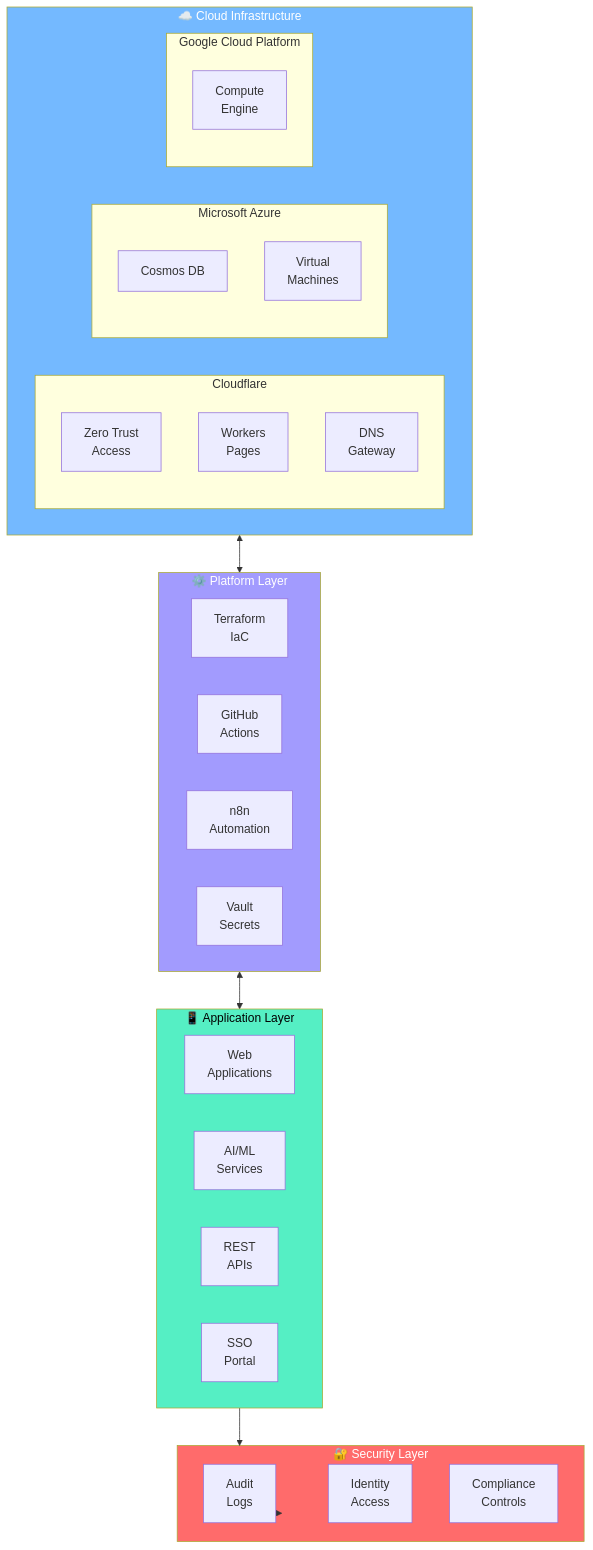
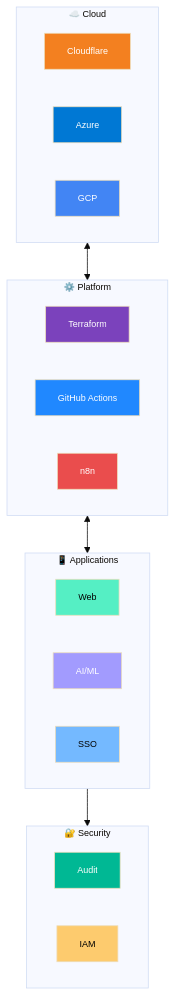
One commit to patabuga/patabuga changed the first of 3 diagrams in README.md. Above: the diagram before and after it, drawn with Mermaid. The commit also changed other lines of this file, not shown here.

First line of the commit message:
refactor: simplify README with global Mermaid best practices

````diff
--- a/README.md
+++ b/README.md
@@ -41,49 +40,43 @@
 ```mermaid
+%%{init: {'theme': 'base', 'themeVariables': {'fontSize': '12px'}}}%%
 flowchart TB
-    subgraph Cloud["☁️ Cloud Infrastructure"]
-        subgraph CF["Cloudflare"]
-            ZT[Zero Trust<br/>Access]
-            WORKERS[Workers<br/>Pages]
-            DNS[DNS<br/>Gateway]
-        end
-        
-        subgraph AZ["Microsoft Azure"]
-            COSMOS[Cosmos DB]
-            VMs[Virtual<br/>Machines]
-        end
-        
-        subgraph GCP["Google Cloud Platform"]
-            COMPUTE[Compute<br/>Engine]
-        end
+    subgraph Cloud["☁️ Cloud"]
+        direction LR
+        CF["Cloudflare"]:::cf
+        AZ["Azure"]:::az
+        GCP["GCP"]:::gcp
     end
 
-    subgraph Platform["⚙️ Platform Layer"]
-        TF[Terraform<br/>IaC]
-        GH[GitHub<br/>Actions]
-        N8[n8n<br/>Automation]
-        VAULT[Vault<br/>Secrets]
+    subgraph Platform["⚙️ Platform"]
+        TF["Terraform"]:::tf
+        GH["GitHub Actions"]:::gh
+        N8["n8n"]:::n8
     end
 
-    subgraph Apps["📱 Application Layer"]
-        WEB[Web<br/>Applications]
-        AI[AI/ML<br/>Services]
-        API[REST<br/>APIs]
-        SSO[SSO<br/>Portal]
+    subgraph Apps["📱 Applications"]
+        WEB["Web"]:::app
+        AI["AI/ML"]:::ai
+        SSO["SSO"]:::sso
     end
 
-    subgraph Security["🔐 Security Layer"]
-        AUDIT[Audit<br/>Logs]
-        IAM[Identity<br/>Access]
-        COMPLY[Compliance<br/>Controls]
+    subgraph Security["🔐 Security"]
+        AUDIT["Audit"]:::audit
+        IAM["IAM"]:::iam
     end
 
     Cloud <--> Platform
     Platform <--> Apps
     Apps --> Security
-    Security --> AUDIT
-    
-    style Security fill:#ff6b6b,color:#fff
-    style Cloud fill:#74b9ff,color:#fff
-    style Platform fill:#a29bfe,color:#fff
-    style Apps fill:#55efc4,color:#000
+
+    classDef cf fill:#f38020,color:#fff
+    classDef az fill:#0078d4,color:#fff
+    classDef gcp fill:#4285f4,color:#fff
+    classDef tf fill:#7b42bc,color:#fff
+    classDef gh fill:#2088ff,color:#fff
+    classDef n8 fill:#ea4d4d,color:#fff
+    classDef app fill:#55efc4,color:#000
+    classDef ai fill:#a29bfe,color:#fff
+    classDef sso fill:#74b9ff,color:#000
+    classDef audit fill:#00b894,color:#fff
+    classDef iam fill:#fdcb6e,color:#000
 ```
````
